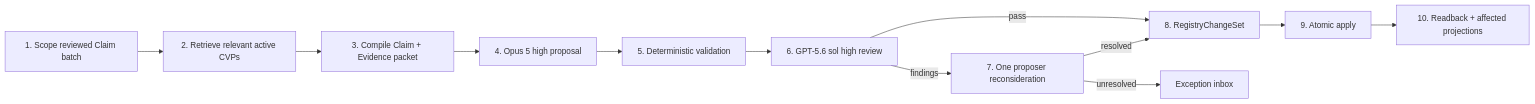
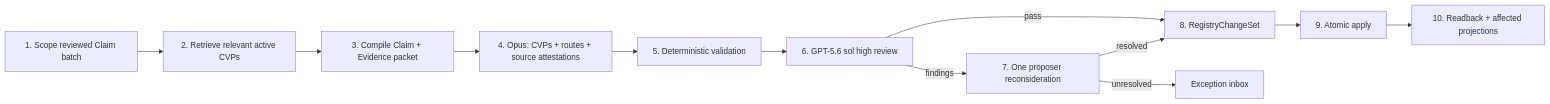
The third of 7 diagrams in docs/wang-knowledge-platform/canonical_viewpoint_registry_design_v1.md (junyang168/smart-answer), drawn with Mermaid before and after one commit. The commit also changed other lines of this file and 1 other file, not shown here.

Commit message:
docs: integrate argument routes into cvp resolution

````diff
--- a/docs/wang-knowledge-platform/canonical_viewpoint_registry_design_v1.md
+++ b/docs/wang-knowledge-platform/canonical_viewpoint_registry_design_v1.md
@@ -856,14 +972,14 @@
 ```mermaid
 flowchart LR
     S["1. Scope reviewed Claim batch"] --> I["2. Retrieve relevant active CVPs"]
     I --> E["3. Compile Claim + Evidence packet"]
-    E --> P["4. Opus 5 high proposal"]
+    E --> P["4. Opus: CVPs + routes + source attestations"]
     P --> D["5. Deterministic validation"]
     D --> R["6. GPT-5.6 sol high review"]
     R -->|"pass"| C["8. RegistryChangeSet"]
     R -->|"findings"| O["7. One proposer reconsideration"]
     O -->|"resolved"| C
     O -->|"unresolved"| X["Exception inbox"]
     C --> A["9. Atomic apply"]
     A --> B["10. Readback + affected projections"]
 ```
````
